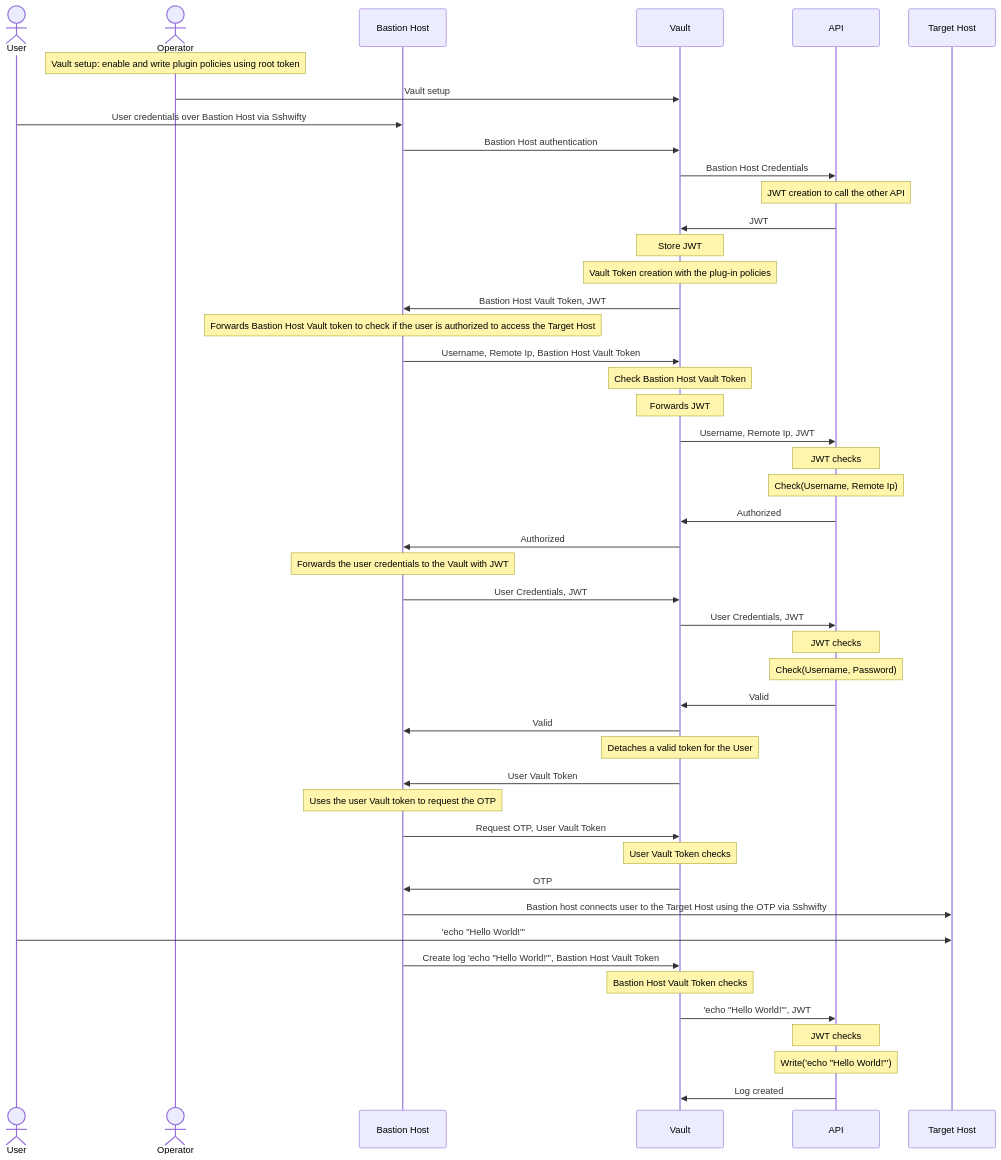
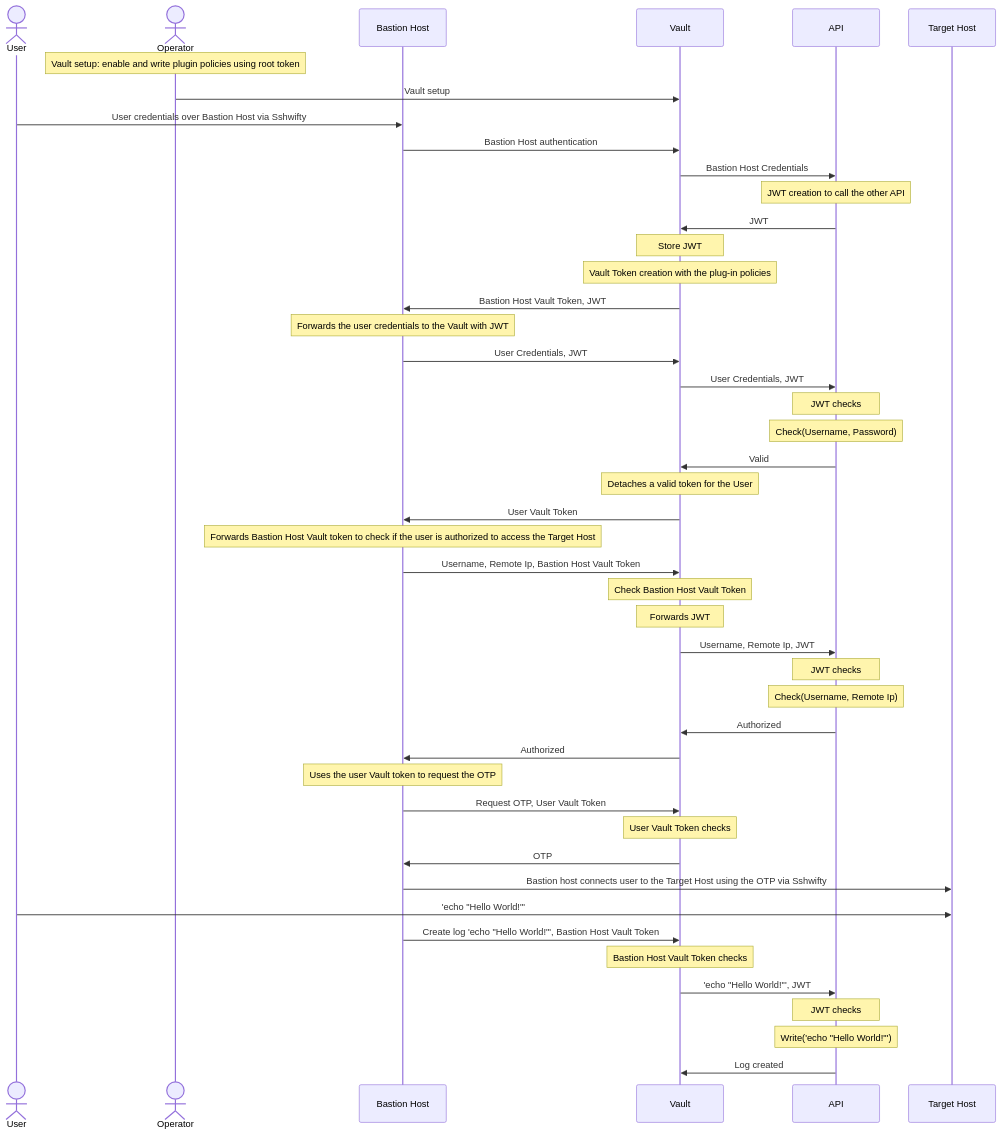
One commit to fedehsq/vault-auth-plugin changed the diagram in README.md. Above: the diagram before and after it, drawn with Mermaid.

````diff
--- a/README.md
+++ b/README.md
@@ -18,49 +18,48 @@
 ```mermaid
 sequenceDiagram
     actor User
     actor Operator
     participant Bastion Host
     participant Vault
     participant API
     participant Target Host
     note over Operator: Vault setup: enable and write plugin policies using root token
     Operator->>Vault: Vault setup
     User->>Bastion Host: User credentials over Bastion Host via Sshwifty
     Bastion Host->>Vault: Bastion Host authentication
     Vault->>API: Bastion Host Credentials
     Note over API: JWT creation to call the other API
     API->>Vault: JWT 
     note over Vault: Store JWT
     note over Vault: Vault Token creation with the plug-in policies
     Vault->>Bastion Host: Bastion Host Vault Token, JWT
+    note over Bastion Host: Forwards the user credentials to the Vault with JWT
+    Bastion Host->>Vault: User Credentials, JWT
+    Vault->>API: User Credentials, JWT
+    note over API: JWT checks
+    note over API: Check(Username, Password)
+    API->>Vault: Valid
+    note over Vault: Detaches a valid token for the User
+    Vault->>Bastion Host: User Vault Token
     note over Bastion Host: Forwards Bastion Host Vault token to check if the user is authorized to access the Target Host
     Bastion Host->> Vault: Username, Remote Ip, Bastion Host Vault Token
     note over Vault: Check Bastion Host Vault Token
     note over Vault: Forwards JWT
     Vault ->> API: Username, Remote Ip, JWT
     note over API: JWT checks
     note over API: Check(Username, Remote Ip)
     API->>Vault: Authorized
     Vault->>Bastion Host: Authorized
-    note over Bastion Host: Forwards the user credentials to the Vault with JWT
-    Bastion Host->>Vault: User Credentials, JWT
-    Vault->>API: User Credentials, JWT
-    note over API: JWT checks
-    note over API: Check(Username, Password)
-    API->>Vault: Valid
-    Vault->>Bastion Host: Valid
-    note over Vault: Detaches a valid token for the User
-    Vault->>Bastion Host: User Vault Token
     note over Bastion Host: Uses the user Vault token to request the OTP
     Bastion Host->>Vault: Request OTP, User Vault Token
     note over Vault: User Vault Token checks
     Vault->>Bastion Host: OTP
     Bastion Host->>Target Host: Bastion host connects user to the Target Host using the OTP via Sshwifty
     User->>Target Host: 'echo "Hello World!"'
     Bastion Host->>Vault: Create log 'echo "Hello World!"', Bastion Host Vault Token
     note over Vault: Bastion Host Vault Token checks
     Vault->>API: 'echo "Hello World!"', JWT
     note over API: JWT checks
     note over API: Write('echo "Hello World!"')
     API->>Vault: Log created
 ```
````
